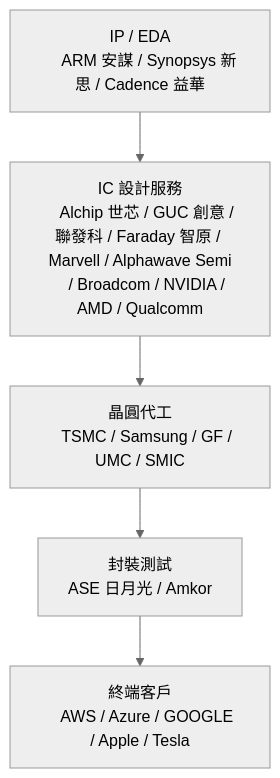
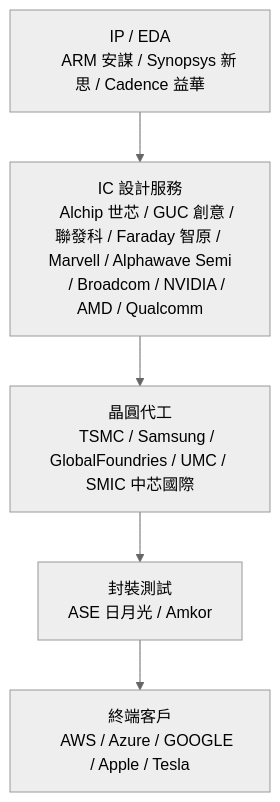
The diagram in README.md (CiCicode/asic-compare), drawn with Mermaid (neutral theme) before and after one commit.

````diff
--- a/README.md
+++ b/README.md
@@ -13,16 +13,16 @@
 ```mermaid
 flowchart TD
     A["IP / EDA
     ARM 安謀 / Synopsys 新思 / Cadence 益華"]
     B["IC 設計服務
     Alchip 世芯 / GUC 創意 / 聯發科 / Faraday 智原 / Marvell / Alphawave Semi
     / Broadcom / NVIDIA / AMD / Qualcomm"]
     C["晶圓代工
-    TSMC / Samsung / GF / UMC / SMIC"]
+    TSMC / Samsung / GlobalFoundries / UMC / SMIC 中芯國際"]
     D["封裝測試
     ASE 日月光 / Amkor"]
     E["終端客戶
     AWS / Azure / GOOGLE / Apple / Tesla"]
 
     A --> B --> C --> D --> E
 ```
````
